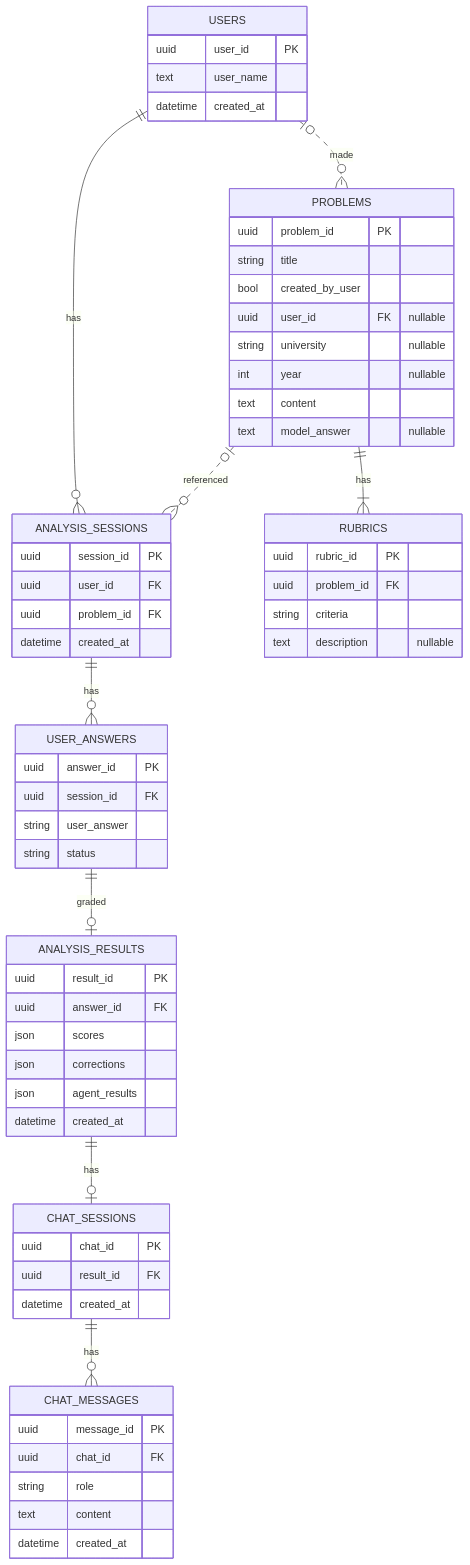
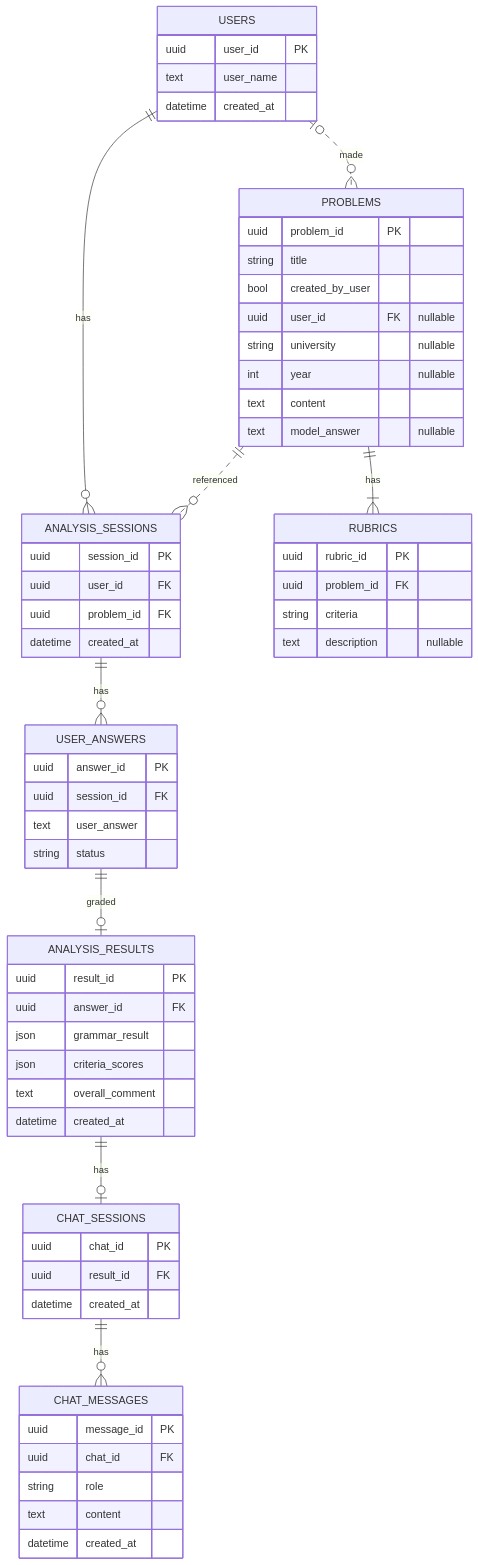
Before and after one commit to bookyoulove/paragraphy: the diagram in 설계문서/ERD.md, drawn with Mermaid.

Commit message:
Update ERD to match ORM

````diff
--- a/설계문서/ERD.md
+++ b/설계문서/ERD.md
@@ -1,72 +1,72 @@
 ```mermaid
 erDiagram
     USERS ||--o{ ANALYSIS_SESSIONS : has
     USERS |o..o{ PROBLEMS : made
     PROBLEMS ||--|{ RUBRICS : has
     ANALYSIS_SESSIONS ||--o{ USER_ANSWERS : has
     USER_ANSWERS ||--o| ANALYSIS_RESULTS : graded
-    PROBLEMS |o..o{ ANALYSIS_SESSIONS : referenced
+    PROBLEMS ||..o{ ANALYSIS_SESSIONS : referenced
     ANALYSIS_RESULTS ||--o| CHAT_SESSIONS : has
     CHAT_SESSIONS ||--o{ CHAT_MESSAGES : has
 
     USERS {
         uuid user_id PK
         text user_name
         datetime created_at
     }
 
     PROBLEMS {
         uuid problem_id PK
         string title
         bool created_by_user
         uuid user_id FK "nullable"
         string university "nullable"
         int year "nullable"
         text content
         text model_answer "nullable"
     }
 
     RUBRICS {
         uuid rubric_id PK
         uuid problem_id FK
         string criteria
         text description "nullable"
     }
 
     ANALYSIS_SESSIONS {
         uuid session_id PK
         uuid user_id FK
         uuid problem_id FK
         datetime created_at
     }
 
     USER_ANSWERS {
         uuid answer_id PK
         uuid session_id FK
-        string user_answer
+        text user_answer
         string status
     }
 
     ANALYSIS_RESULTS {
         uuid result_id PK
         uuid answer_id FK
-        json scores
-        json corrections
-        json agent_results
+        json grammar_result
+        json criteria_scores
+        text overall_comment
         datetime created_at
     }
 
     CHAT_SESSIONS {
         uuid chat_id PK
         uuid result_id FK
         datetime created_at
     }
 
     CHAT_MESSAGES {
         uuid message_id PK
         uuid chat_id FK
         string role
         text content
         datetime created_at
     }
 ```
````
